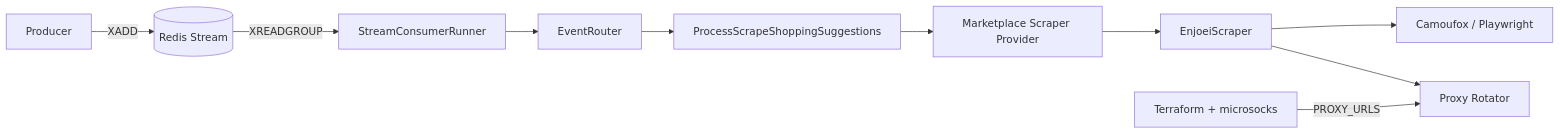
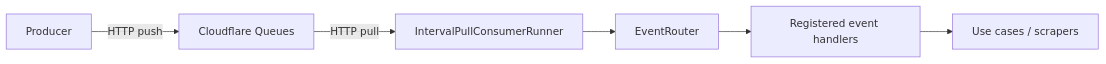
Before and after one commit to emmanuelviniciusdev/SkyDIIV--backstage: the diagram in apps/consumer-shopping-suggestions/README.md, drawn with Mermaid. The commit also changed other lines of this file and 54 other files, not shown here.

Commit message:
feat(consumer-shopping-suggestions): replace Redis Streams with CF Queues; persist scrapes on db; add cost guard workflow

````diff
--- a/apps/consumer-shopping-suggestions/README.md
+++ b/apps/consumer-shopping-suggestions/README.md
@@ -29,12 +32,8 @@
 ```mermaid
 flowchart LR
-  Producer -->|XADD| Redis[(Redis Stream)]
-  Redis -->|XREADGROUP| Runner[StreamConsumerRunner]
-  Runner --> Router[EventRouter]
-  Router --> UC[ProcessScrapeShoppingSuggestions]
-  UC --> Provider[Marketplace Scraper Provider]
-  Provider --> Enjoei[EnjoeiScraper]
-  Enjoei --> Camoufox[Camoufox / Playwright]
-  Enjoei --> Proxies[Proxy Rotator]
-  Infra[Terraform + microsocks] -->|PROXY_URLS| Proxies
+  Producer -->|HTTP push| CFQ[Cloudflare Queues]
+  CFQ -->|HTTP pull| IntervalRunner[IntervalPullConsumerRunner]
+  IntervalRunner --> Router[EventRouter]
+  Router --> Handlers[Registered event handlers]
+  Handlers --> UC[Use cases / scrapers]
 ```
````
